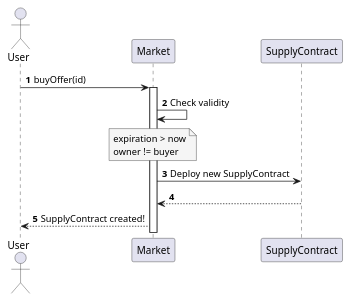
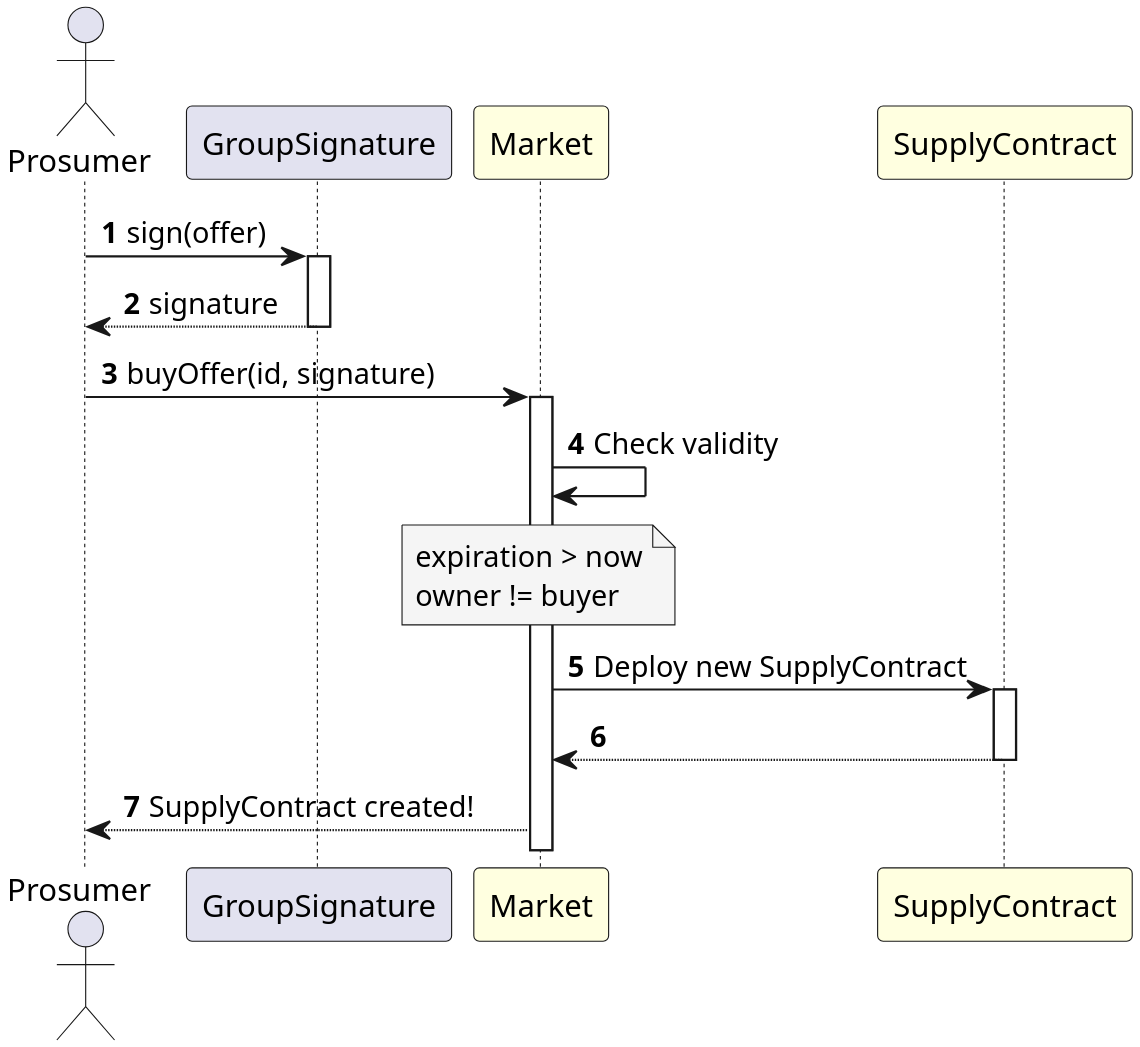
One commit to antonoeschmidt/SmartGridEmpowered changed the diagram in docs/buyOffer.puml. Above: the diagram before and after it, drawn with PlantUML. The commit also changed 4 other files, not shown here.

Commit message:
Updated diagrams

```diff
--- a/docs/buyOffer.puml
+++ b/docs/buyOffer.puml
@@ -1,20 +1,25 @@
 @startuml BuyOffer
-actor User
-participant Market
-participant SupplyContract
+actor Prosumer
+participant GroupSignature
+participant Market #LightYellow
+participant SupplyContract #LightYellow
+
+skinparam dpi 300
 
 autonumber
 
-User -> Market ++: buyOffer(id)
+Prosumer -> GroupSignature ++: sign(offer)
+GroupSignature --> Prosumer --: signature
+
+Prosumer -> Market ++: buyOffer(id, signature)
 Market -> Market: Check validity
 note over Market #WhiteSmoke
 expiration > now
 owner != buyer
 end note
 
-Market -> SupplyContract: Deploy new SupplyContract
-
+Market -> SupplyContract ++: Deploy new SupplyContract
 SupplyContract --> Market --:
 
-Market --> User: SupplyContract created!
+Market --> Prosumer: SupplyContract created!
 @enduml
```
